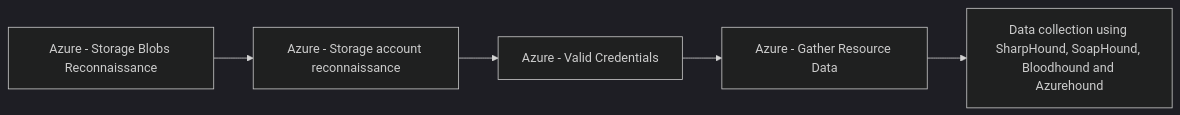
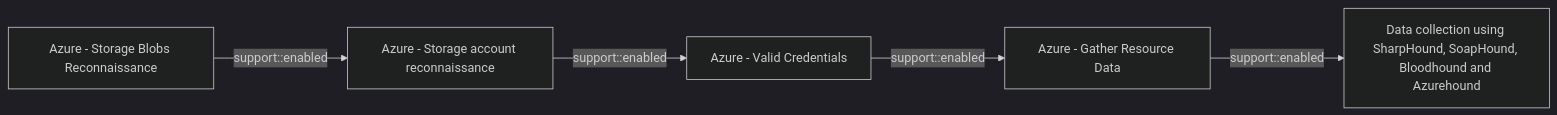
Before and after one commit to opentidehq/library: the diagram in docs/threats/azure-storage-blobs-reconnaissance.md, drawn with Mermaid (dark theme). The commit also changed other lines of this file and 277 other files, not shown here.

````diff
--- a/docs/threats/azure-storage-blobs-reconnaissance.md
+++ b/docs/threats/azure-storage-blobs-reconnaissance.md
@@ -93,12 +129,12 @@
 ```mermaid
 flowchart LR
 41f57a57_1ed6_407e_bb70_a0f6ab52af10["Azure - Storage Blobs Reconnaissance"]
 53f4e2f0_7d11_4629_bb26_905993a589db["Azure - Storage account reconnaissance"]
 2743bf18_3b86_4721_bf3e_153dcda0b149["Azure - Valid Credentials"]
 b1593e0b_1b3b_462d_9ab6_21d1c136469d["Azure - Gather Resource Data"]
 53063205_4404_4e6d_a2f5_d566c6085d96["Data collection using SharpHound, SoapHound, Bloodhound and Azurehound"]
-41f57a57_1ed6_407e_bb70_a0f6ab52af10 --> 53f4e2f0_7d11_4629_bb26_905993a589db
-53f4e2f0_7d11_4629_bb26_905993a589db --> 2743bf18_3b86_4721_bf3e_153dcda0b149
-2743bf18_3b86_4721_bf3e_153dcda0b149 --> b1593e0b_1b3b_462d_9ab6_21d1c136469d
-b1593e0b_1b3b_462d_9ab6_21d1c136469d --> 53063205_4404_4e6d_a2f5_d566c6085d96
+41f57a57_1ed6_407e_bb70_a0f6ab52af10 -->|support::enabled| 53f4e2f0_7d11_4629_bb26_905993a589db
+53f4e2f0_7d11_4629_bb26_905993a589db -->|support::enabled| 2743bf18_3b86_4721_bf3e_153dcda0b149
+2743bf18_3b86_4721_bf3e_153dcda0b149 -->|support::enabled| b1593e0b_1b3b_462d_9ab6_21d1c136469d
+b1593e0b_1b3b_462d_9ab6_21d1c136469d -->|support::enabled| 53063205_4404_4e6d_a2f5_d566c6085d96
 ```
````
